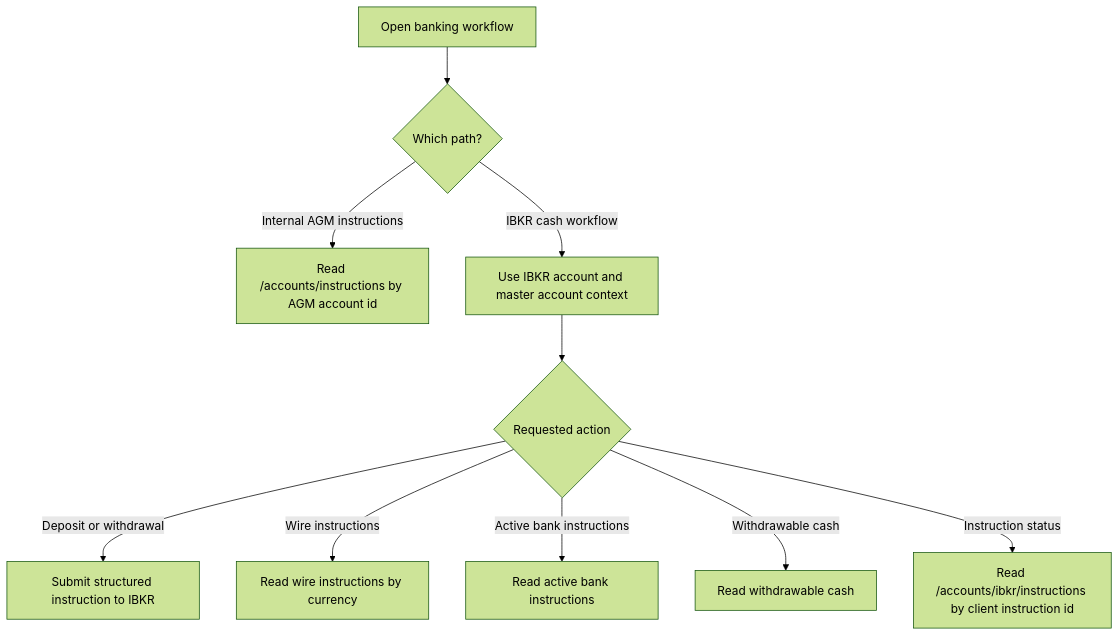
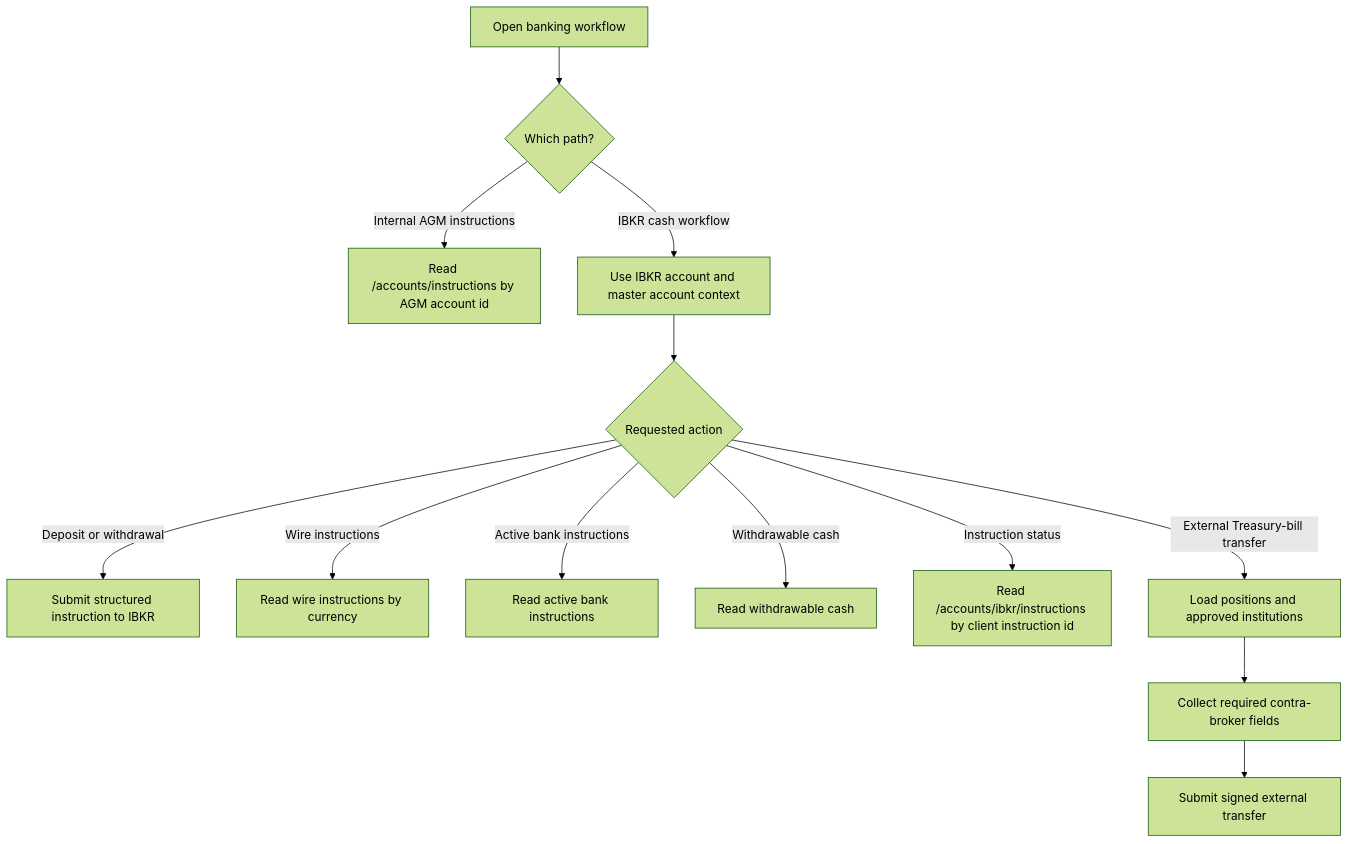
Before and after one commit to agmtrader/compliance: the diagram in processes/11-account-banking-instructions-handling.md, drawn with Mermaid (forest theme). The commit also changed other lines of this file and 3 other files, not shown here.

````diff
--- a/processes/11-account-banking-instructions-handling.md
+++ b/processes/11-account-banking-instructions-handling.md
@@ -38,12 +40,15 @@
 ```mermaid
 flowchart TD
     A["Open banking workflow"] --> B{"Which path?"}
     B -- "Internal AGM instructions" --> C["Read /accounts/instructions by AGM account id"]
     B -- "IBKR cash workflow" --> D["Use IBKR account and master account context"]
     D --> E{"Requested action"}
     E -- "Deposit or withdrawal" --> F["Submit structured instruction to IBKR"]
     E -- "Wire instructions" --> G["Read wire instructions by currency"]
     E -- "Active bank instructions" --> H["Read active bank instructions"]
     E -- "Withdrawable cash" --> I["Read withdrawable cash"]
     E -- "Instruction status" --> J["Read /accounts/ibkr/instructions by client instruction id"]
+    E -- "External Treasury-bill transfer" --> K["Load positions and approved institutions"]
+    K --> L["Collect required contra-broker fields"]
+    L --> M["Submit signed external transfer"]
 ```
````
